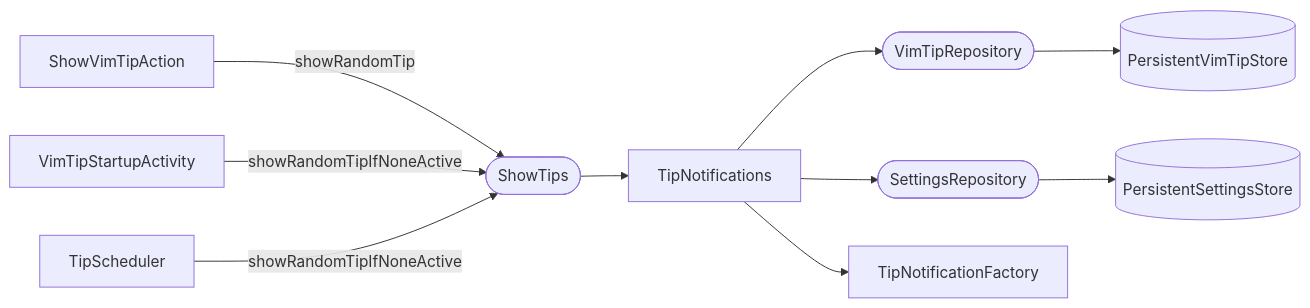
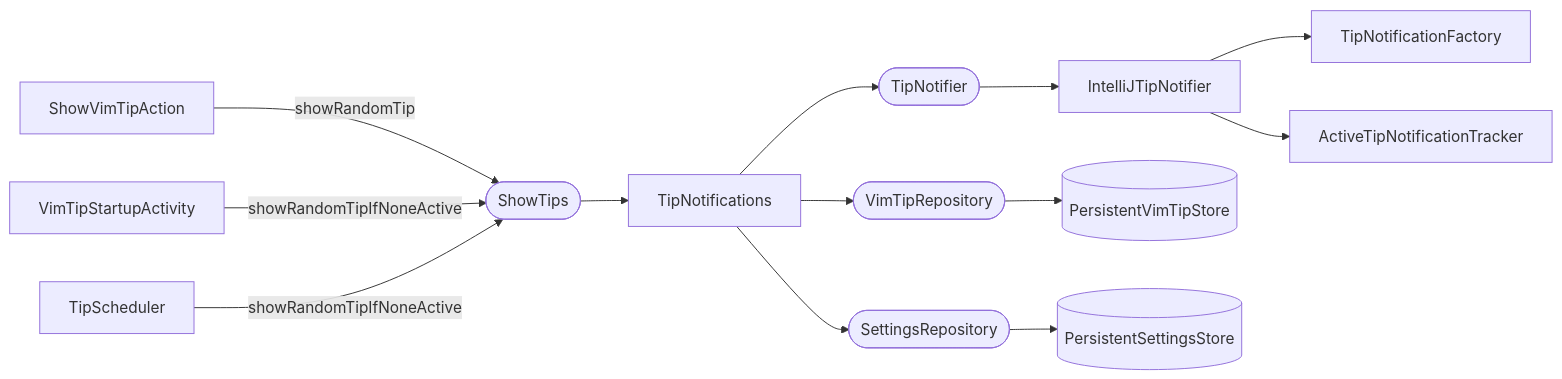
The diagram in docs/features/show-tip.md (pooryam92/vim-coach), drawn with Mermaid before and after one commit. The commit also changed other lines of this file and 18 other files, not shown here.

````diff
--- a/docs/features/show-tip.md
+++ b/docs/features/show-tip.md
@@ -7,12 +7,15 @@
 ```mermaid
 graph LR
     A1[ShowVimTipAction] -->|showRandomTip| B
     A2[VimTipStartupActivity] -->|showRandomTipIfNoneActive| B
     A3[TipScheduler] -->|showRandomTipIfNoneActive| B
     B([ShowTips]) --> C[TipNotifications]
     C --> D([VimTipRepository])
     C --> E([SettingsRepository])
-    C --> F[TipNotificationFactory]
+    C --> N([TipNotifier])
+    N --> NA[IntelliJTipNotifier]
+    NA --> F[TipNotificationFactory]
+    NA --> T[ActiveTipNotificationTracker]
     D --> G[(PersistentVimTipStore)]
     E --> H[(PersistentSettingsStore)]
 ```
````
